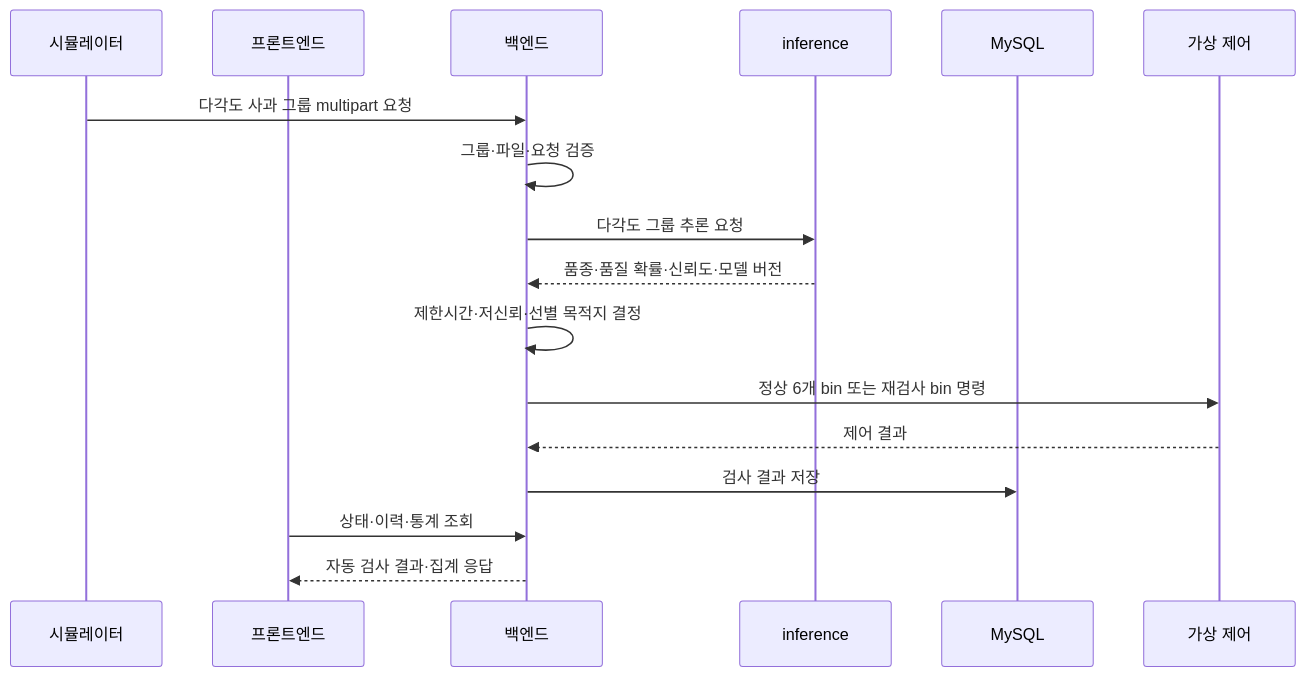
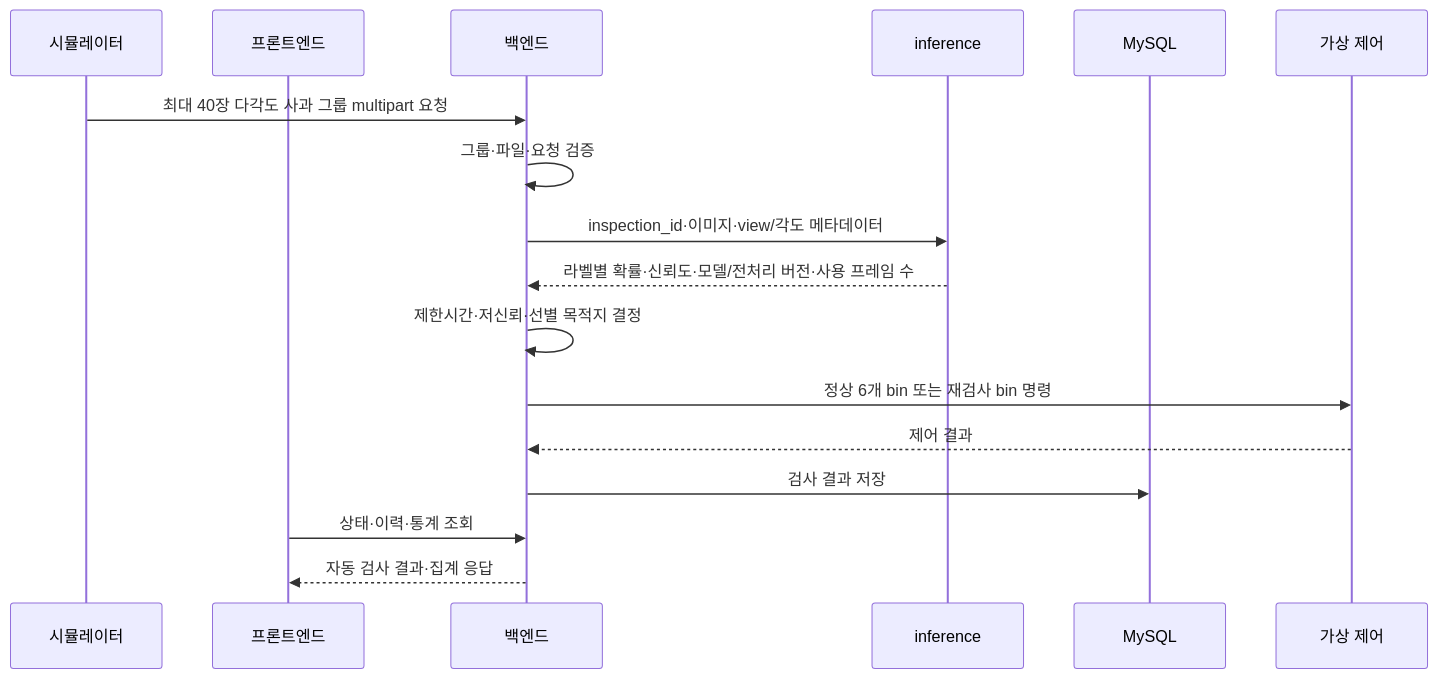
The second of 3 diagrams in docs/architecture.md (yuudong123/CQC), drawn with Mermaid before and after one commit. The commit also changed other lines of this file and 8 other files, not shown here.

````diff
--- a/docs/architecture.md
+++ b/docs/architecture.md
@@ -54,20 +54,20 @@
 ```mermaid
 sequenceDiagram
     participant SIM as 시뮬레이터
     participant FE as 프론트엔드
     participant BE as 백엔드
     participant AI as inference
     participant DB as MySQL
     participant CTL as 가상 제어
 
-    SIM->>BE: 다각도 사과 그룹 multipart 요청
+    SIM->>BE: 최대 40장 다각도 사과 그룹 multipart 요청
     BE->>BE: 그룹·파일·요청 검증
-    BE->>AI: 다각도 그룹 추론 요청
-    AI-->>BE: 품종·품질 확률·신뢰도·모델 버전
+    BE->>AI: inspection_id·이미지·view/각도 메타데이터
+    AI-->>BE: 라벨별 확률·신뢰도·모델/전처리 버전·사용 프레임 수
     BE->>BE: 제한시간·저신뢰·선별 목적지 결정
     BE->>CTL: 정상 6개 bin 또는 재검사 bin 명령
     CTL-->>BE: 제어 결과
     BE->>DB: 검사 결과 저장
     FE->>BE: 상태·이력·통계 조회
     BE-->>FE: 자동 검사 결과·집계 응답
 ```
````
